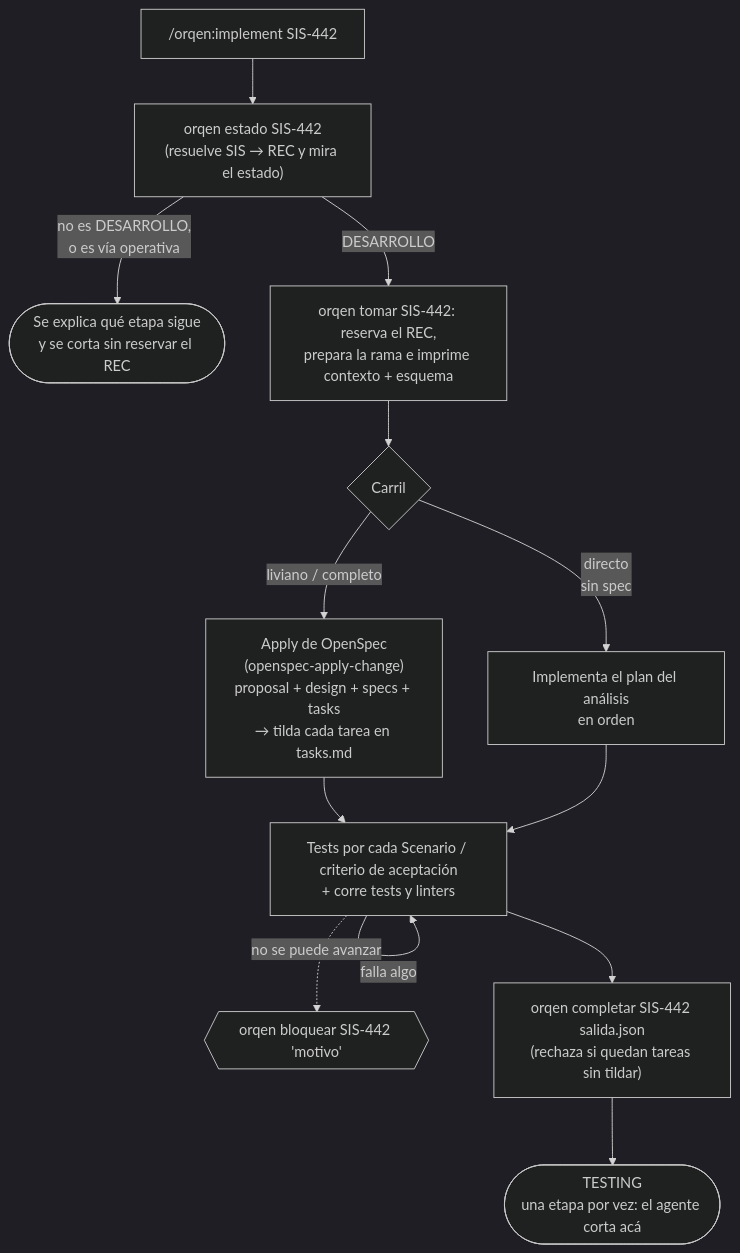
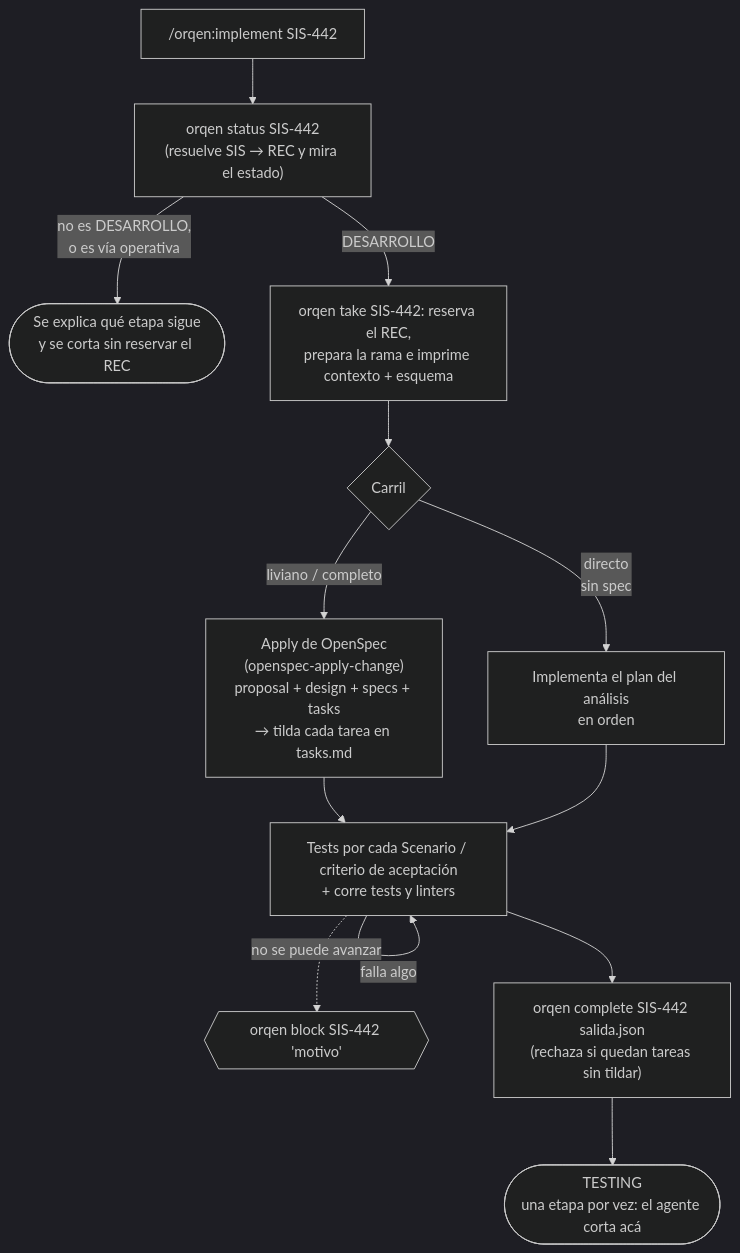
Before and after one commit to sistemas-telpin/orqen: the second of 3 diagrams in README.md, drawn with Mermaid (dark theme). The commit also changed other lines of this file and 17 other files, not shown here.

````diff
--- a/README.md
+++ b/README.md
@@ -68,15 +68,15 @@
 ```mermaid
 flowchart TD
-    A["/orqen:implement SIS-442"] --> B["orqen estado SIS-442<br/>(resuelve SIS → REC y mira el estado)"]
+    A["/orqen:implement SIS-442"] --> B["orqen status SIS-442<br/>(resuelve SIS → REC y mira el estado)"]
     B -->|"no es DESARROLLO,<br/>o es vía operativa"| X(["Se explica qué etapa sigue<br/>y se corta sin reservar el REC"])
-    B -->|"DESARROLLO"| C["orqen tomar SIS-442: reserva el REC,<br/>prepara la rama e imprime contexto + esquema"]
+    B -->|"DESARROLLO"| C["orqen take SIS-442: reserva el REC,<br/>prepara la rama e imprime contexto + esquema"]
     C --> D{"Carril"}
     D -->|"liviano / completo"| E["Apply de OpenSpec<br/>(openspec-apply-change)<br/>proposal + design + specs + tasks<br/>→ tilda cada tarea en tasks.md"]
     D -->|"directo<br/>sin spec"| F["Implementa el plan del análisis<br/>en orden"]
     E --> G
     F --> G["Tests por cada Scenario / criterio de aceptación<br/>+ corre tests y linters"]
     G -->|"falla algo"| G
-    G --> H["orqen completar SIS-442 salida.json<br/>(rechaza si quedan tareas sin tildar)"]
+    G --> H["orqen complete SIS-442 salida.json<br/>(rechaza si quedan tareas sin tildar)"]
     H --> I(["TESTING<br/>una etapa por vez: el agente corta acá"])
-    G -.->|"no se puede avanzar"| Z{{"orqen bloquear SIS-442 'motivo'"}}
+    G -.->|"no se puede avanzar"| Z{{"orqen block SIS-442 'motivo'"}}
 ```
````
